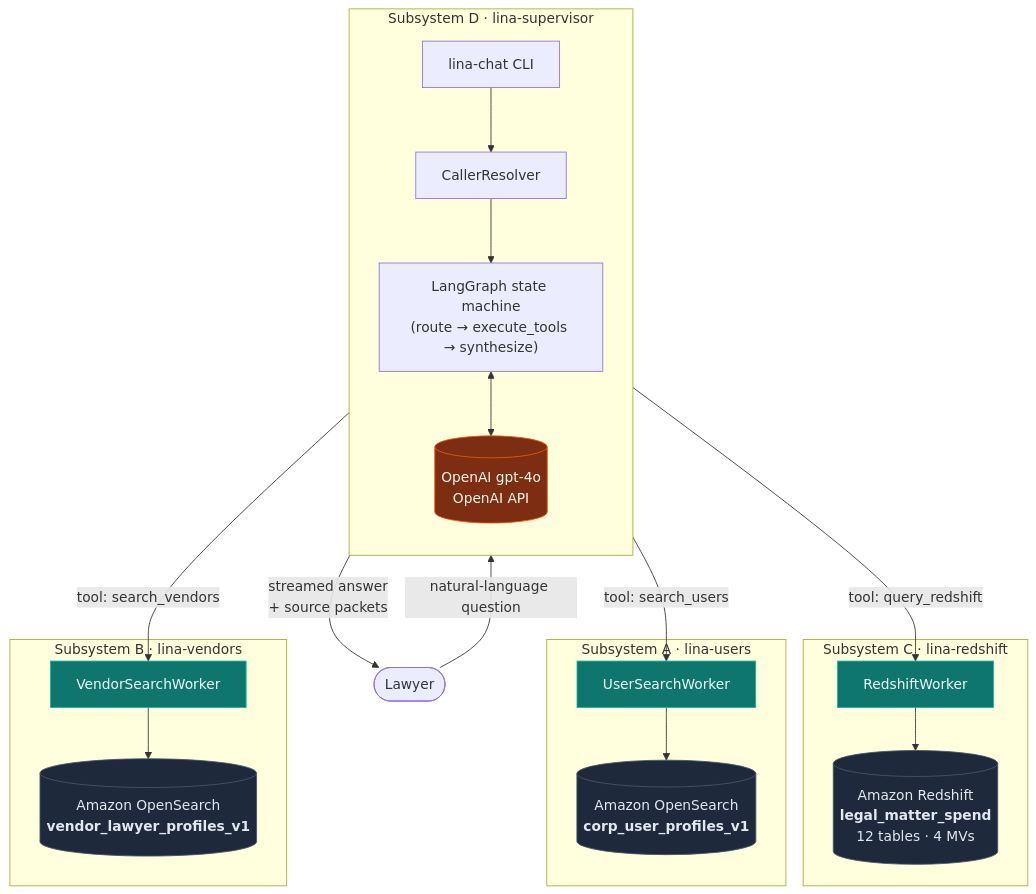
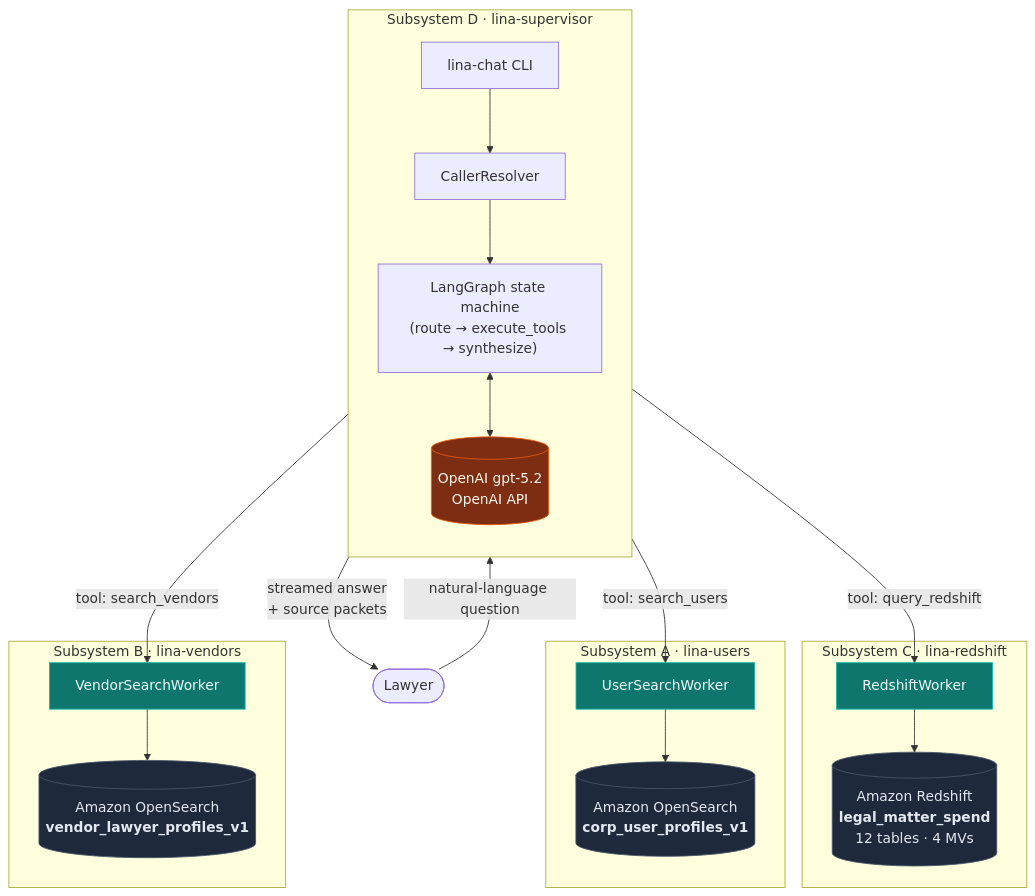
Before and after one commit to koosha/lina: the diagram in README.md, drawn with Mermaid. The commit also changed other lines of this file and 8 other files, not shown here.

````diff
--- a/README.md
+++ b/README.md
@@ -11,37 +11,37 @@
 ```mermaid
 graph TB
     User([Lawyer])
     User -->|"natural-language question"| Chat[lina-chat CLI]
 
     subgraph D["Subsystem D · lina-supervisor"]
         direction TB
         Chat --> Resolver[CallerResolver]
         Resolver --> Graph["LangGraph state machine<br/>(route → execute_tools → synthesize)"]
-        Graph <--> LLM[(OpenAI gpt-4o<br/>OpenAI API)]
+        Graph <--> LLM[(OpenAI gpt-5.2<br/>OpenAI API)]
     end
 
     Graph -->|tool: query_redshift| RedshiftWorker
     Graph -->|tool: search_users| UserSearchWorker
     Graph -->|tool: search_vendors| VendorSearchWorker
 
     subgraph C["Subsystem C · lina-redshift"]
         RedshiftWorker --> RS[("Amazon Redshift<br/><b>legal_matter_spend</b><br/>12 tables · 4 MVs")]
     end
 
     subgraph A["Subsystem A · lina-users"]
         UserSearchWorker --> OS1[("Amazon OpenSearch<br/><b>corp_user_profiles_v1</b>")]
     end
 
     subgraph B["Subsystem B · lina-vendors"]
         VendorSearchWorker --> OS2[("Amazon OpenSearch<br/><b>vendor_lawyer_profiles_v1</b>")]
     end
 
     Graph -->|"streamed answer<br/>+ source packets"| User
 
     classDef backend fill:#1e293b,stroke:#475569,color:#e2e8f0
     classDef worker fill:#0f766e,stroke:#14b8a6,color:#f0fdfa
     classDef llm fill:#7c2d12,stroke:#ea580c,color:#fff7ed
     class RS,OS1,OS2 backend
     class RedshiftWorker,UserSearchWorker,VendorSearchWorker worker
     class LLM llm
 ```
````
